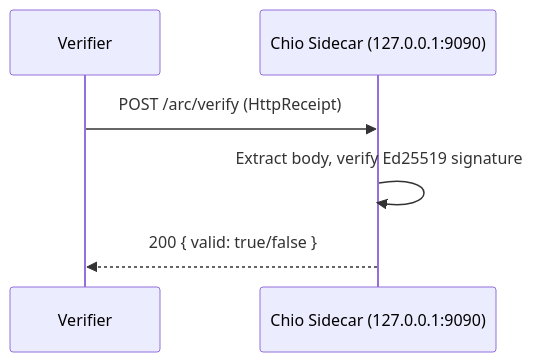
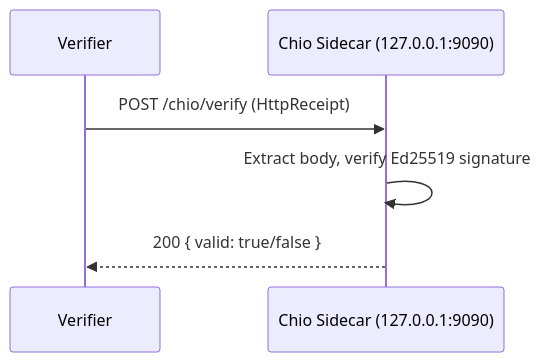
One commit to bb-connor/arc changed the second of 2 diagrams in spec/HTTP-SUBSTRATE.md. Above: the diagram before and after it, drawn with Mermaid. The commit also changed other lines of this file and 113 other files, not shown here.

````diff
--- a/spec/HTTP-SUBSTRATE.md
+++ b/spec/HTTP-SUBSTRATE.md
@@ -154,9 +154,9 @@
 ```mermaid
 sequenceDiagram
     participant Verifier
     participant Sidecar as Chio Sidecar (127.0.0.1:9090)
 
-    Verifier->>Sidecar: POST /arc/verify (HttpReceipt)
+    Verifier->>Sidecar: POST /chio/verify (HttpReceipt)
     Sidecar->>Sidecar: Extract body, verify Ed25519 signature
     Sidecar-->>Verifier: 200 { valid: true/false }
 ```
````
